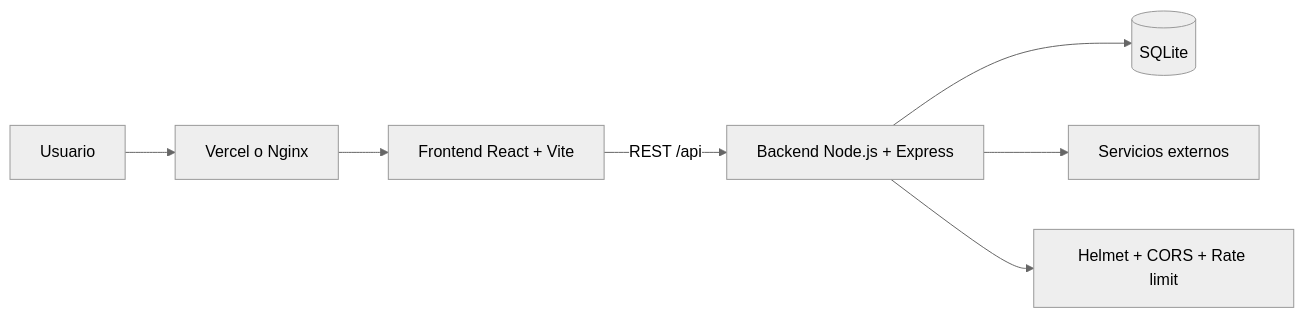
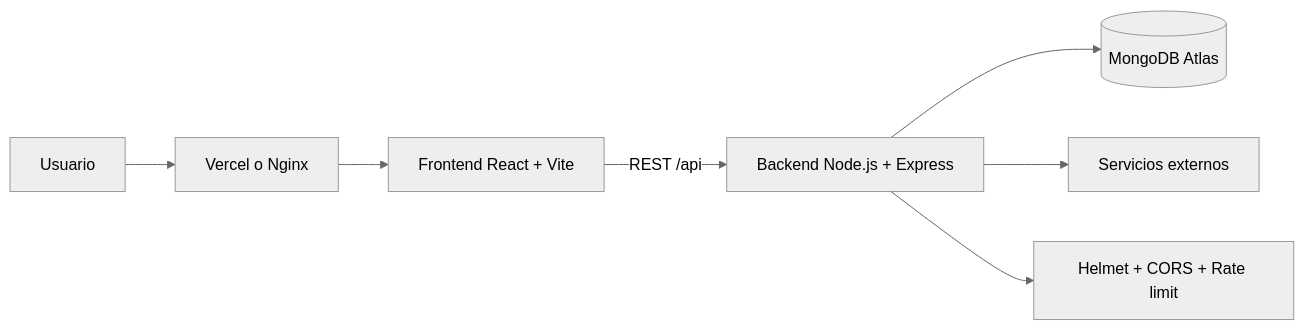
The diagram in REQUERIMIENTOS.md (Rappu10/freightbd-dashboard), drawn with Mermaid (neutral theme) before and after one commit. The commit also changed other lines of this file and 16 other files, not shown here.

First line of the commit message:
feat: migrate from SQLite to MongoDB and update server configuration

````diff
--- a/REQUERIMIENTOS.md
+++ b/REQUERIMIENTOS.md
@@ -51,9 +51,9 @@
 ```mermaid
 flowchart LR
   U[Usuario] --> V[Vercel o Nginx]
   V --> F[Frontend React + Vite]
   F -->|REST /api| B[Backend Node.js + Express]
-  B --> S[(SQLite)]
+  B --> S[(MongoDB Atlas)]
   B --> E[Servicios externos]
   B --> H[Helmet + CORS + Rate limit]
 ```
````
